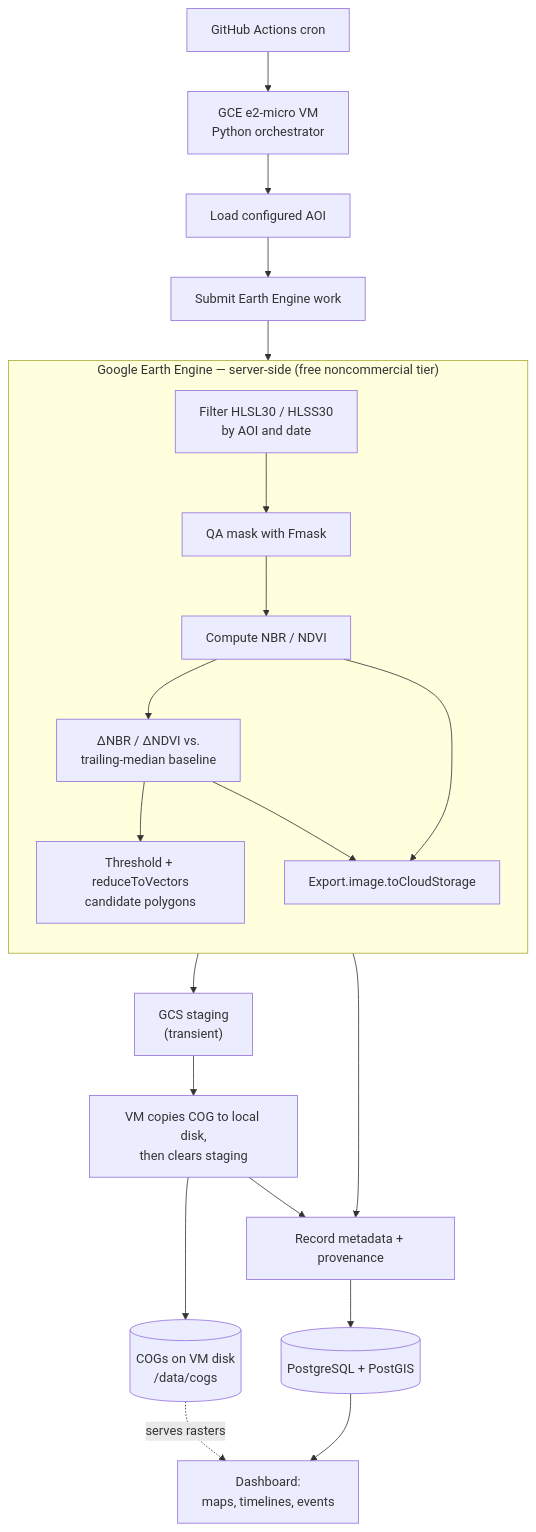
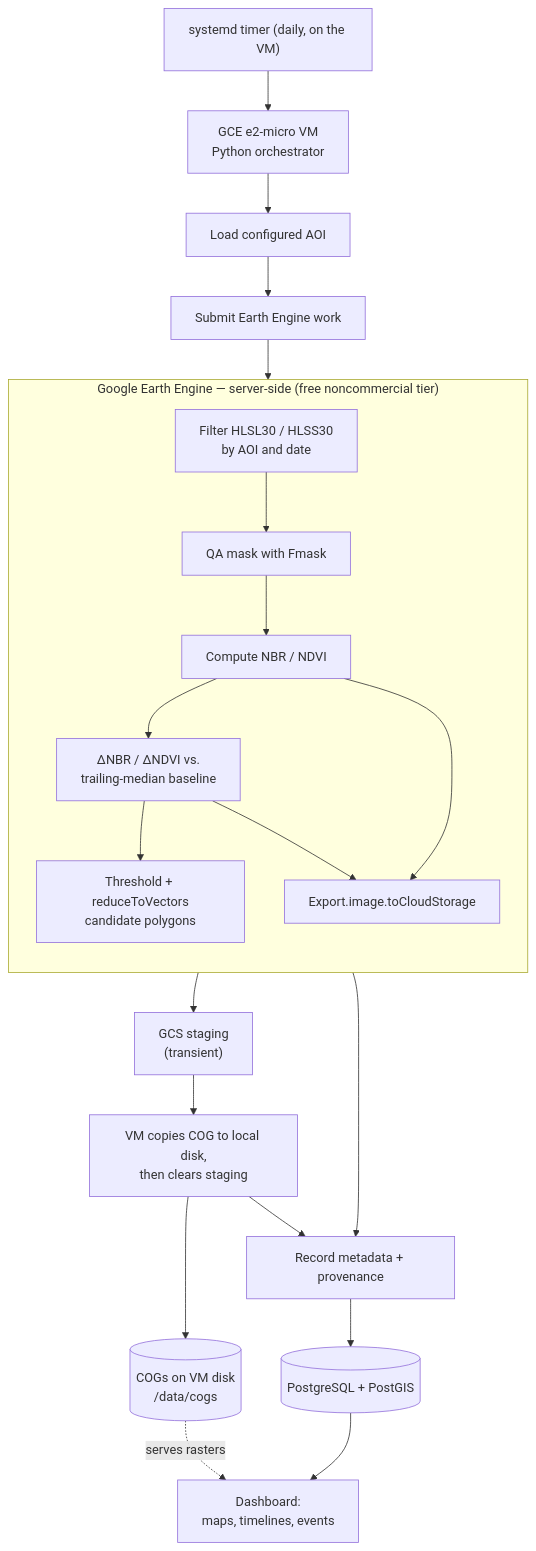
Before and after one commit to jackrsteiner/sancristobal-forest-sentinel: the first of 2 diagrams in README.md, drawn with Mermaid. The commit also changed other lines of this file and 6 other files, not shown here.

First line of the commit message:
Planning pass for Slices 3–6; retire the Actions-cron scheduler path

````diff
--- a/README.md
+++ b/README.md
@@ -115,26 +115,26 @@
 ```mermaid
 flowchart TD
-    cron["GitHub Actions cron"] --> orch["GCE e2-micro VM<br/>Python orchestrator"]
+    cron["systemd timer (daily, on the VM)"] --> orch["GCE e2-micro VM<br/>Python orchestrator"]
     orch --> aoi["Load configured AOI"]
     aoi --> submit["Submit Earth Engine work"]
 
     subgraph EE["Google Earth Engine — server-side (free noncommercial tier)"]
         direction TB
         filt["Filter HLSL30 / HLSS30<br/>by AOI and date"] --> mask["QA mask with Fmask"]
         mask --> idx["Compute NBR / NDVI"]
         idx --> chg["ΔNBR / ΔNDVI vs.<br/>trailing-median baseline"]
         chg --> cand["Threshold + reduceToVectors<br/>candidate polygons"]
         idx --> exp["Export.image.toCloudStorage"]
         chg --> exp
     end
 
     submit --> filt
     exp --> stg["GCS staging<br/>(transient)"]
     stg --> copy["VM copies COG to local disk,<br/>then clears staging"]
     copy --> disk[("COGs on VM disk<br/>/data/cogs")]
     copy --> meta["Record metadata + provenance"]
     cand --> meta
     meta --> pg[("PostgreSQL + PostGIS")]
     pg --> dash["Dashboard:<br/>maps, timelines, events"]
     disk -. serves rasters .-> dash
 ```
````
